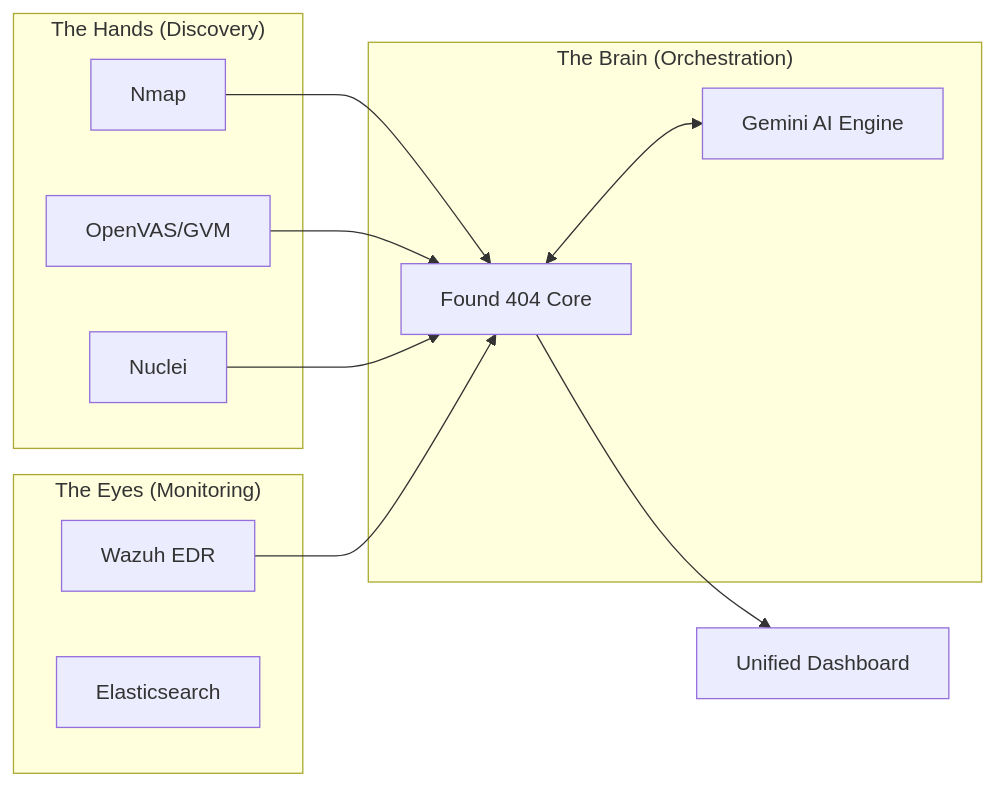
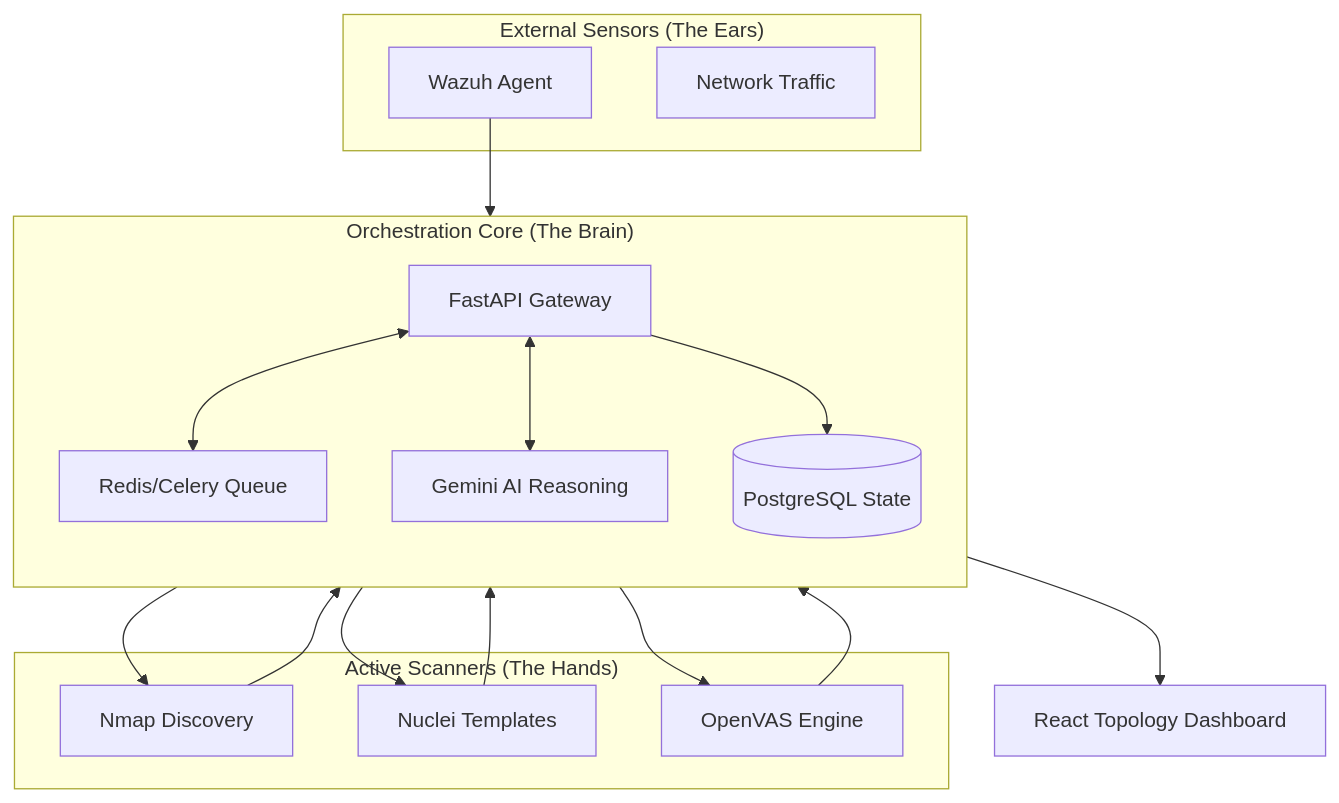
The second of 5 diagrams in FOUND_404_PRESENTATION.md (MazenAlaa305/ORCHESTRATION-SECURITY-CENTER), drawn with Mermaid before and after one commit. The commit also changed other lines of this file, not shown here.

Commit message:
docs: add comprehensive 15-slide orchestration presentation with AI reasoning and visual flows

````diff
--- a/FOUND_404_PRESENTATION.md
+++ b/FOUND_404_PRESENTATION.md
@@ -40,25 +51,29 @@
 ```mermaid
-graph LR
-    subgraph "The Hands (Discovery)"
-        Nmap[Nmap]
-        GVM[OpenVAS/GVM]
-        Nuclei[Nuclei]
-    end
-    
-    subgraph "The Brain (Orchestration)"
-        Center[Found 404 Core]
-        AI[Gemini AI Engine]
-    end
-    
-    subgraph "The Eyes (Monitoring)"
-        Wazuh[Wazuh EDR]
-        ES[Elasticsearch]
+graph TB
+    subgraph "External Sensors (The Ears)"
+        Wazuh[Wazuh Agent]
+        Network[Network Traffic]
     end
 
-    Nmap --> Center
-    GVM --> Center
-    Nuclei --> Center
-    Wazuh --> Center
-    Center <--> AI
-    Center --> Dashboard[Unified Dashboard]
+    subgraph "Orchestration Core (The Brain)"
+        direction TB
+        Main[FastAPI Gateway]
+        Queue[Redis/Celery Queue]
+        LLM[Gemini AI Reasoning]
+        DB[(PostgreSQL State)]
+    end
+
+    subgraph "Active Scanners (The Hands)"
+        Nmap[Nmap Discovery]
+        Nuclei[Nuclei Templates]
+        GVM[OpenVAS Engine]
+    end
+
+    Wazuh --> Main
+    Main <--> Queue
+    Queue --> Nmap & Nuclei & GVM
+    Nmap & Nuclei & GVM --> Main
+    Main <--> LLM
+    Main --> DB
+    Main --> UI[React Topology Dashboard]
 ```
````
